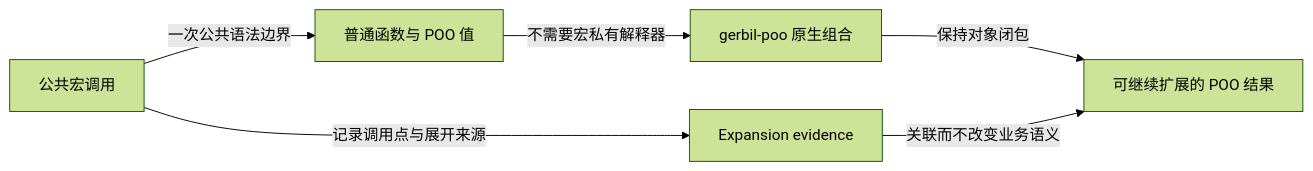
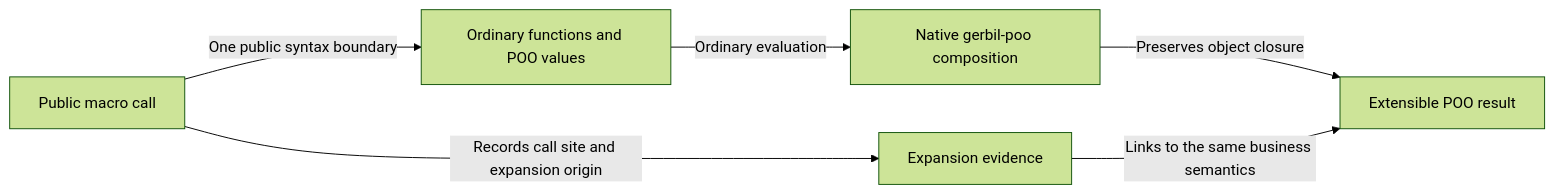
Before and after one commit to tao3k/gebril-yuanxu: the second of 2 diagrams in module-system/design/45-40-10-poo-constrained-gerbil-macro-governance.org, drawn with Mermaid (forest theme). The commit also changed other lines of this file and 6 other files, not shown here.

```diff
--- a/module-system/design/45-40-10-poo-constrained-gerbil-macro-governance.org
+++ b/module-system/design/45-40-10-poo-constrained-gerbil-macro-governance.org
@@ -159,8 +171,8 @@
 #+begin_src mermaid
 flowchart LR
-    A["公共宏调用"] -->|"一次公共语法边界"| B["普通函数与 POO 值"]
-    B -->|"不需要宏私有解释器"| C["gerbil-poo 原生组合"]
-    C -->|"保持对象闭包"| D["可继续扩展的 POO 结果"]
-    A -->|"记录调用点与展开来源"| E["Expansion evidence"]
-    E -->|"关联而不改变业务语义"| D
+    A["Public macro call"] -->|"One public syntax boundary"| B["Ordinary functions and POO values"]
+    B -->|"Ordinary evaluation"| C["Native gerbil-poo composition"]
+    C -->|"Preserves object closure"| D["Extensible POO result"]
+    A -->|"Records call site and expansion origin"| E["Expansion evidence"]
+    E -->|"Links to the same business semantics"| D
 #+end_src
```
